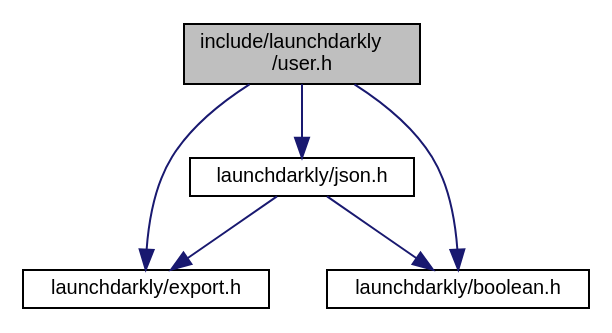
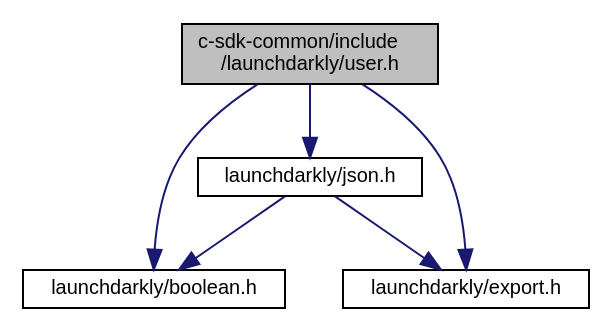
Before and after one commit to launchdarkly/c-client-sdk: the diagram in user_8h__incl.dot, drawn with Graphviz. The commit also changed 59 other files, not shown here.

```diff
--- a/user_8h__incl.dot
+++ b/user_8h__incl.dot
@@ -1,14 +1,14 @@
-digraph "include/launchdarkly/user.h"
+digraph "c-sdk-common/include/launchdarkly/user.h"
 {
   edge [fontname="Helvetica",fontsize="10",labelfontname="Helvetica",labelfontsize="10"];
   node [fontname="Helvetica",fontsize="10",shape=record];
-  Node0 [label="include/launchdarkly\l/user.h",height=0.2,width=0.4,color="black", fillcolor="grey75", style="filled", fontcolor="black"];
+  Node0 [label="c-sdk-common/include\l/launchdarkly/user.h",height=0.2,width=0.4,color="black", fillcolor="grey75", style="filled", fontcolor="black"];
   Node0 -> Node1 [color="midnightblue",fontsize="10",style="solid",fontname="Helvetica"];
-  Node1 [label="launchdarkly/json.h",height=0.2,width=0.4,color="black", fillcolor="white", style="filled",URL="$json_8h.html",tooltip="Public API Interface for JSON usage. "];
-  Node1 -> Node2 [color="midnightblue",fontsize="10",style="solid",fontname="Helvetica"];
+  Node1 [label="launchdarkly/boolean.h",height=0.2,width=0.4,color="black", fillcolor="white", style="filled",URL="$boolean_8h.html",tooltip="A custom c89 boolean type. "];
+  Node0 -> Node2 [color="midnightblue",fontsize="10",style="solid",fontname="Helvetica"];
   Node2 [label="launchdarkly/export.h",height=0.2,width=0.4,color="black", fillcolor="white", style="filled",URL="$export_8h.html",tooltip="Public. Configuration of exported symbols. "];
-  Node1 -> Node3 [color="midnightblue",fontsize="10",style="solid",fontname="Helvetica"];
-  Node3 [label="launchdarkly/boolean.h",height=0.2,width=0.4,color="black", fillcolor="white", style="filled",URL="$boolean_8h.html",tooltip="A custom c89 boolean type. "];
   Node0 -> Node3 [color="midnightblue",fontsize="10",style="solid",fontname="Helvetica"];
-  Node0 -> Node2 [color="midnightblue",fontsize="10",style="solid",fontname="Helvetica"];
+  Node3 [label="launchdarkly/json.h",height=0.2,width=0.4,color="black", fillcolor="white", style="filled",URL="$json_8h.html",tooltip="Public API Interface for JSON usage. "];
+  Node3 -> Node1 [color="midnightblue",fontsize="10",style="solid",fontname="Helvetica"];
+  Node3 -> Node2 [color="midnightblue",fontsize="10",style="solid",fontname="Helvetica"];
 }
```
